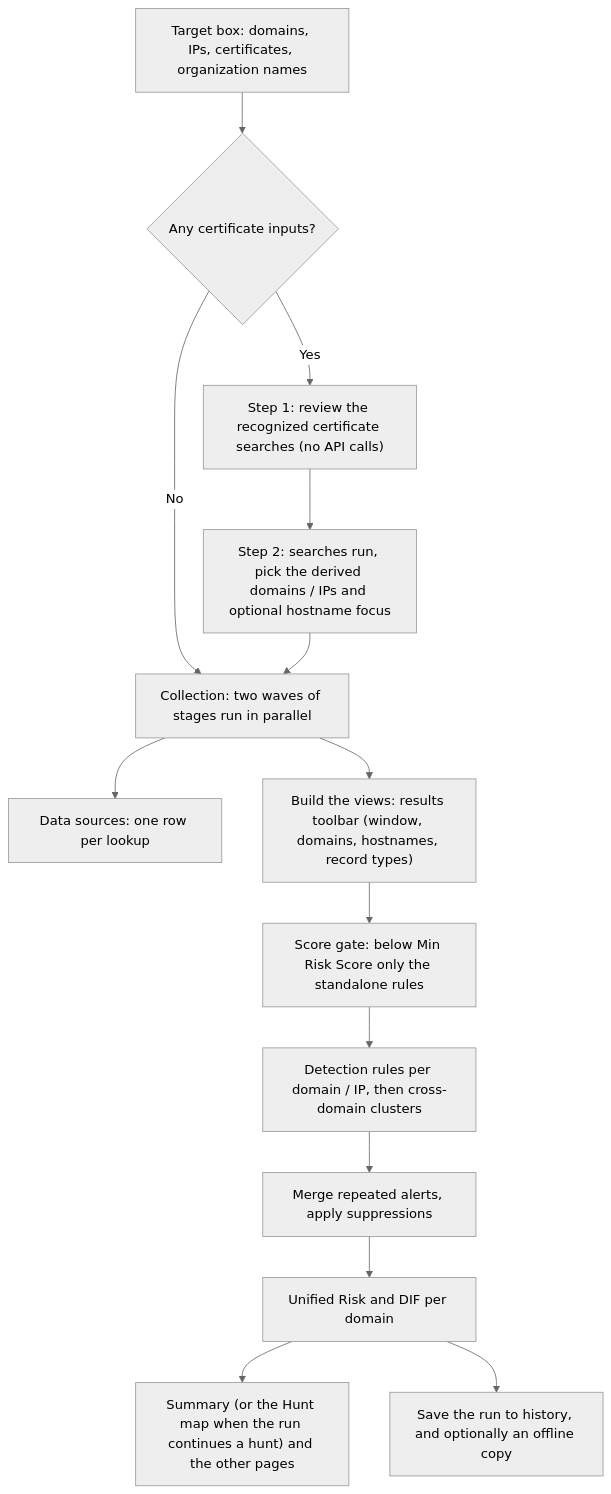
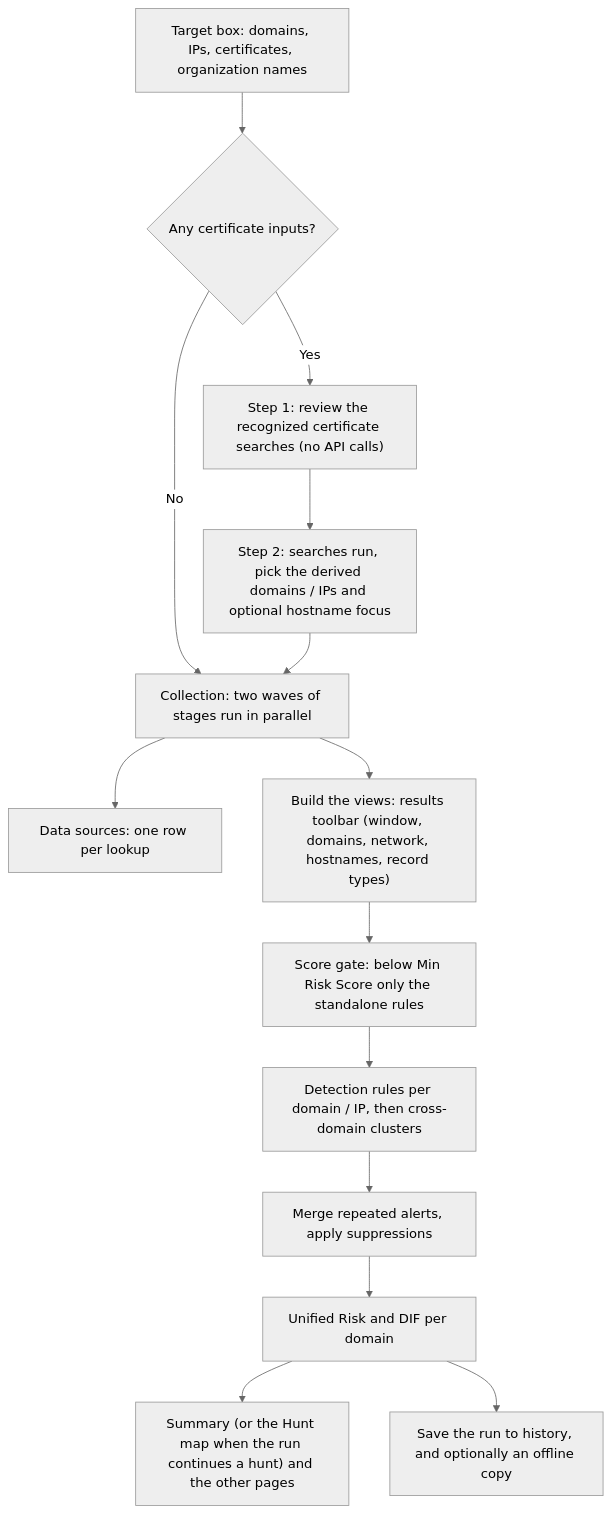
The first of 9 diagrams in docs/WORKFLOWS.md (mmesojedec/DomainTools_Analysis_Detection), drawn with Mermaid (neutral theme) before and after one commit. The commit also changed other lines of this file and 25 other files, not shown here.

````diff
--- a/docs/WORKFLOWS.md
+++ b/docs/WORKFLOWS.md
@@ -27,16 +27,16 @@
 ```mermaid
 flowchart TD
     A["Target box: domains, IPs, certificates, organization names"] --> B{"Any certificate inputs?"}
     B -- "No" --> E
     B -- "Yes" --> C["Step 1: review the recognized certificate searches (no API calls)"]
     C --> D["Step 2: searches run, pick the derived domains / IPs and optional hostname focus"]
     D --> E["Collection: two waves of stages run in parallel"]
     E --> F["Data sources: one row per lookup"]
-    E --> G["Build the views: results toolbar (window, domains, hostnames, record types)"]
+    E --> G["Build the views: results toolbar (window, domains, network, hostnames, record types)"]
     G --> H["Score gate: below Min Risk Score only the standalone rules"]
     H --> I["Detection rules per domain / IP, then cross-domain clusters"]
     I --> J["Merge repeated alerts, apply suppressions"]
     J --> K["Unified Risk and DIF per domain"]
     K --> L["Summary (or the Hunt map when the run continues a hunt) and the other pages"]
     K --> M["Save the run to history, and optionally an offline copy"]
 ```
````
